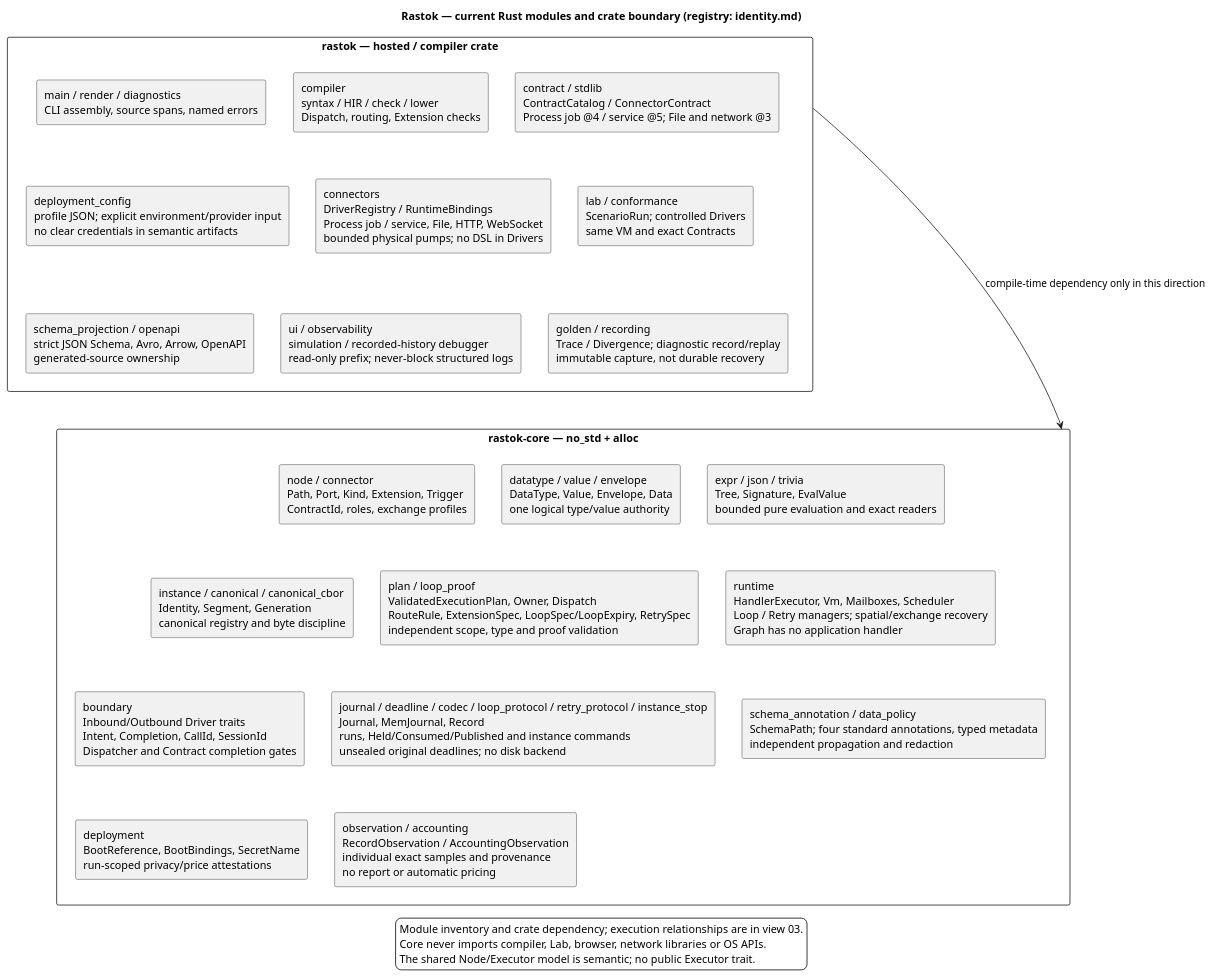
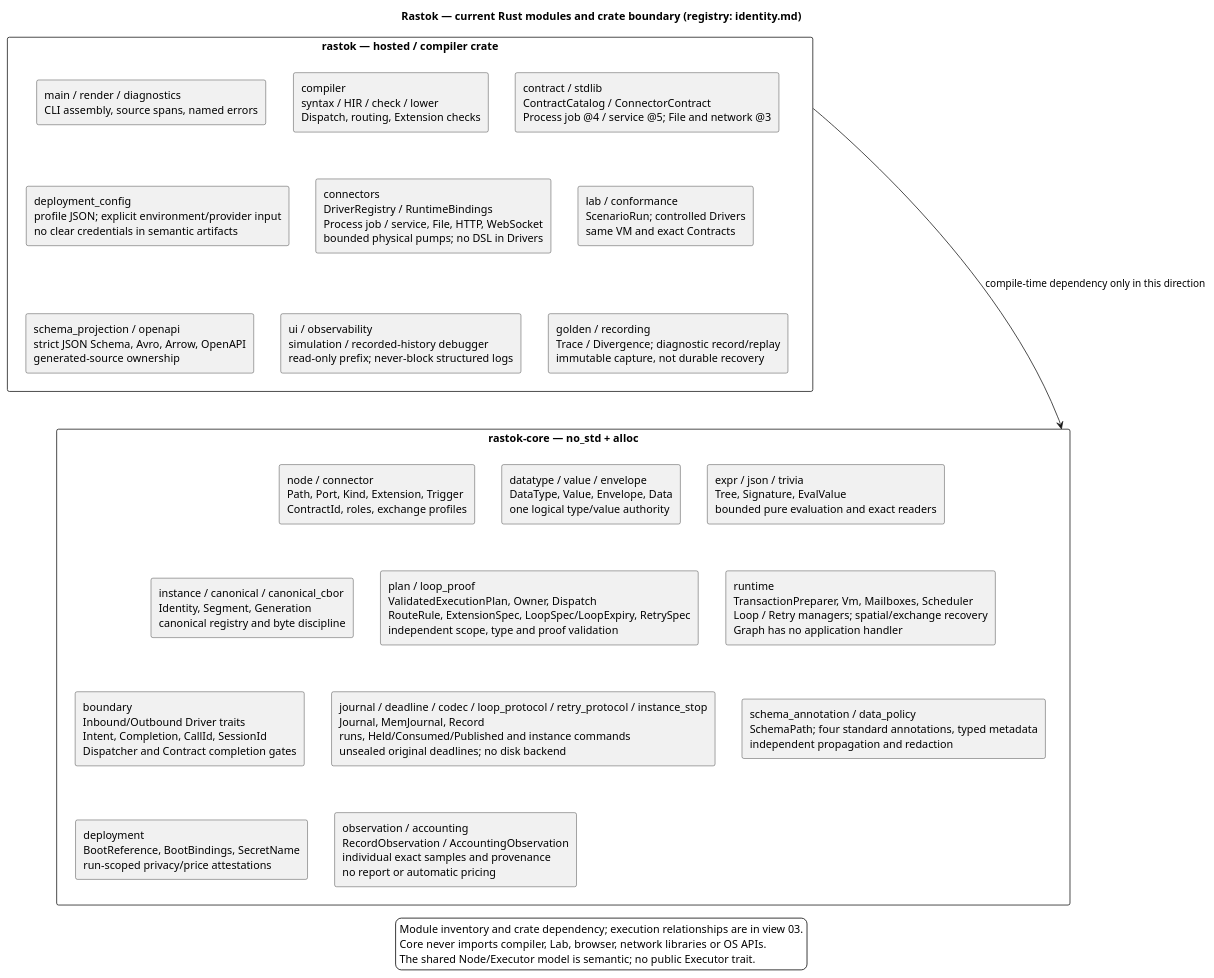
Before and after one commit to rastok-io/rastok: the diagram in docs/architecture/06-rastok-modules-overview.puml, drawn with PlantUML. The commit also changed 82 other files, not shown here.

```diff
--- a/docs/architecture/06-rastok-modules-overview.puml
+++ b/docs/architecture/06-rastok-modules-overview.puml
@@ -1,61 +1,61 @@
 @startuml 06-rastok-modules-overview
 skinparam backgroundColor white
 skinparam shadowing false
 skinparam packageStyle rectangle
 top to bottom direction
 title Rastok — current Rust modules and crate boundary (registry: identity.md)
 
 package "rastok — hosted / compiler crate" as HOSTED {
   rectangle "main / render / diagnostics\nCLI assembly, source spans, named errors" as ENTRY
   rectangle "compiler\nsyntax / HIR / check / lower\nDispatch, routing, Extension checks" as COMP
   rectangle "contract / stdlib\nContractCatalog / ConnectorContract\nProcess job @4 / service @5; File and network @3" as CATALOG
   rectangle "schema_projection / openapi\nstrict JSON Schema, Avro, Arrow, OpenAPI\ngenerated-source ownership" as SCHEMA
   rectangle "connectors\nDriverRegistry / RuntimeBindings\nProcess job / service, File, HTTP, WebSocket\nbounded physical pumps; no DSL in Drivers" as DRIVERS
   rectangle "deployment_config\nprofile JSON; explicit environment/provider input\nno clear credentials in semantic artifacts" as CONFIG
   rectangle "lab / conformance\nScenarioRun; controlled Drivers\nsame VM and exact Contracts" as LAB
   rectangle "ui / observability\nsimulation / recorded-history debugger\nread-only prefix; never-block structured logs" as UI
   rectangle "golden / recording\nTrace / Divergence; diagnostic record/replay\nimmutable capture, not durable recovery" as GOLDEN
 }
 
 package "rastok-core — no_std + alloc" as CORE {
   rectangle "node / connector\nPath, Port, Kind, Extension, Trigger\nContractId, roles, exchange profiles" as NODE
   rectangle "datatype / value / envelope\nDataType, Value, Envelope, Data\none logical type/value authority" as DATA
   rectangle "expr / json / trivia\nTree, Signature, EvalValue\nbounded pure evaluation and exact readers" as EXPR
   rectangle "instance / canonical / canonical_cbor\nIdentity, Segment, Generation\ncanonical registry and byte discipline" as IDENTITY
   rectangle "plan / loop_proof\nValidatedExecutionPlan, Owner, Dispatch\nRouteRule, ExtensionSpec, LoopSpec/LoopExpiry, RetrySpec\nindependent scope, type and proof validation" as PLAN
-  rectangle "runtime\nHandlerExecutor, Vm, Mailboxes, Scheduler\nLoop / Retry managers; spatial/exchange recovery\nGraph has no application handler" as VM
+  rectangle "runtime\nTransactionPreparer, Vm, Mailboxes, Scheduler\nLoop / Retry managers; spatial/exchange recovery\nGraph has no application handler" as VM
   rectangle "boundary\nInbound/Outbound Driver traits\nIntent, Completion, CallId, SessionId\nDispatcher and Contract completion gates" as BOUNDARY
   rectangle "journal / deadline / codec / loop_protocol / retry_protocol / instance_stop\nJournal, MemJournal, Record\nruns, Held/Consumed/Published and instance commands\nunsealed original deadlines; no disk backend" as JOURNAL
   rectangle "schema_annotation / data_policy\nSchemaPath; four standard annotations, typed metadata\nindependent propagation and redaction" as POLICY
   rectangle "deployment\nBootReference, BootBindings, SecretName\nrun-scoped privacy/price attestations" as DEPLOY
   rectangle "observation / accounting\nRecordObservation / AccountingObservation\nindividual exact samples and provenance\nno report or automatic pricing" as REPORT
 }
 
 ENTRY -[hidden]right-> COMP
 COMP -[hidden]right-> CATALOG
 ENTRY -[hidden]down-> CONFIG
 CONFIG -[hidden]right-> DRIVERS
 DRIVERS -[hidden]right-> LAB
 CONFIG -[hidden]down-> SCHEMA
 SCHEMA -[hidden]right-> UI
 UI -[hidden]right-> GOLDEN
 GOLDEN -[hidden]down-> NODE
 NODE -[hidden]right-> DATA
 DATA -[hidden]right-> EXPR
 NODE -[hidden]down-> IDENTITY
 IDENTITY -[hidden]right-> PLAN
 PLAN -[hidden]right-> VM
 IDENTITY -[hidden]down-> BOUNDARY
 BOUNDARY -[hidden]right-> JOURNAL
 JOURNAL -[hidden]right-> POLICY
 BOUNDARY -[hidden]down-> DEPLOY
 DEPLOY -[hidden]right-> REPORT
 
 HOSTED -down-> CORE : compile-time dependency only in this direction
 
 legend bottom
 Module inventory and crate dependency; execution relationships are in view 03.
 Core never imports compiler, Lab, browser, network libraries or OS APIs.
 The shared Node/Executor model is semantic; no public Executor trait.
 endlegend
 @enduml
```
